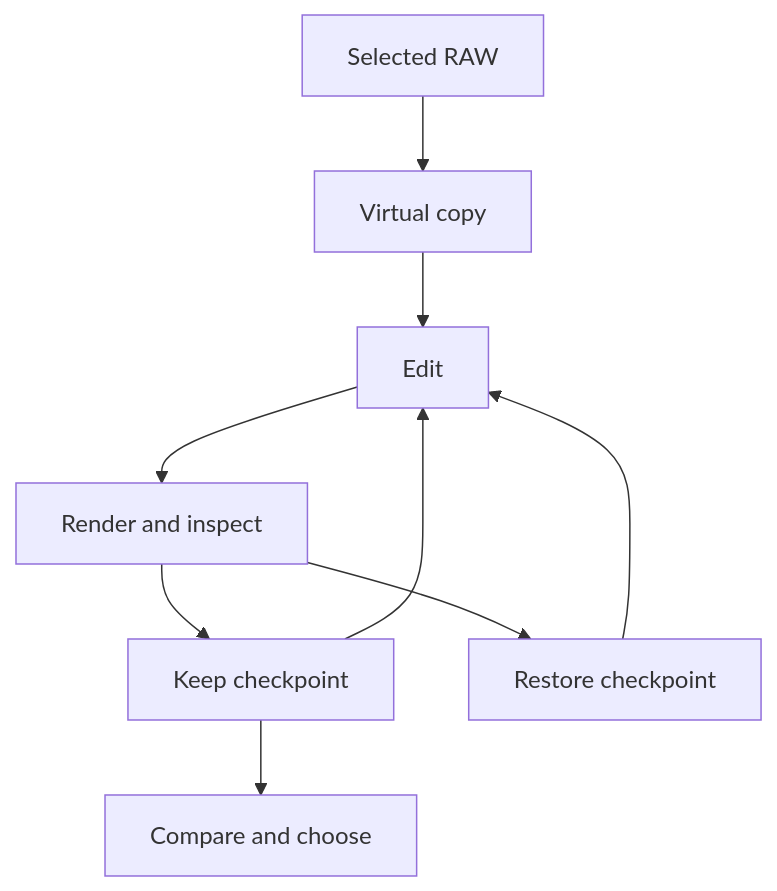
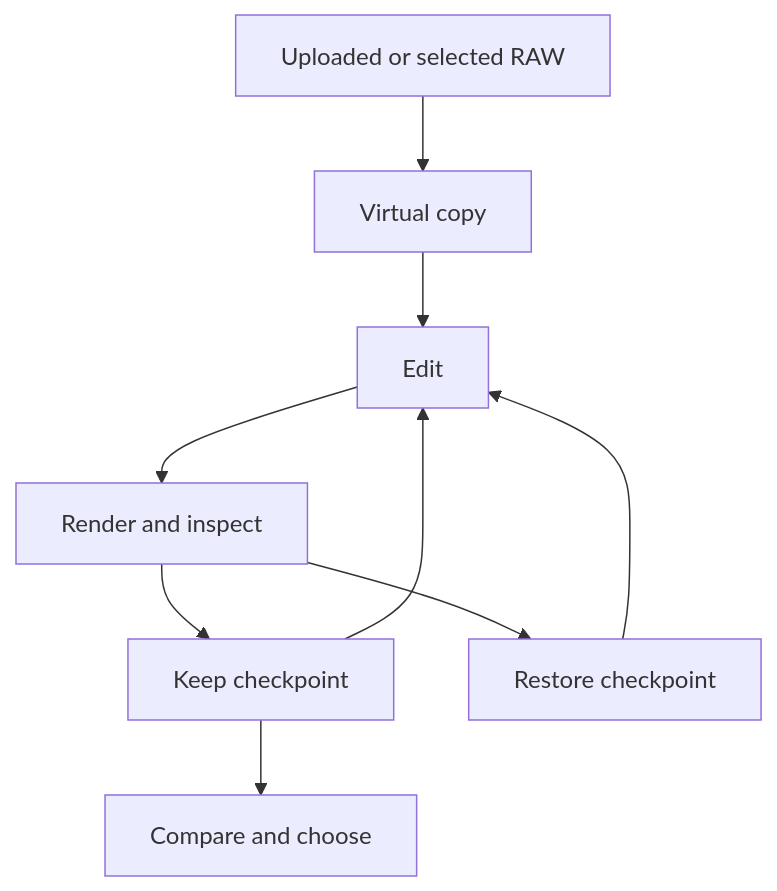
Before and after one commit to Timverhoogt/raw-photo-agent: the diagram in README.md, drawn with Mermaid. The commit also changed other lines of this file and 23 other files, not shown here.

````diff
--- a/README.md
+++ b/README.md
@@ -13,11 +13,11 @@
 ```mermaid
 flowchart TD
-    raw[Selected RAW] --> copy[Virtual copy]
+    raw[Uploaded or selected RAW] --> copy[Virtual copy]
     copy --> edit[Edit]
     edit --> preview[Render and inspect]
     preview --> keep[Keep checkpoint]
     preview --> restore[Restore checkpoint]
     keep --> edit
     restore --> edit
     keep --> choice[Compare and choose]
 ```
````
